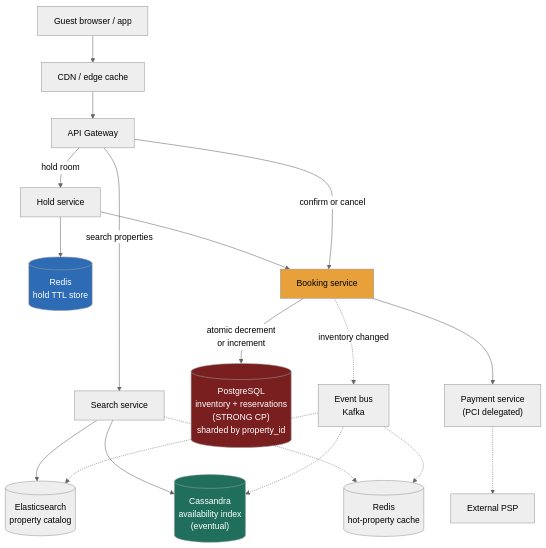
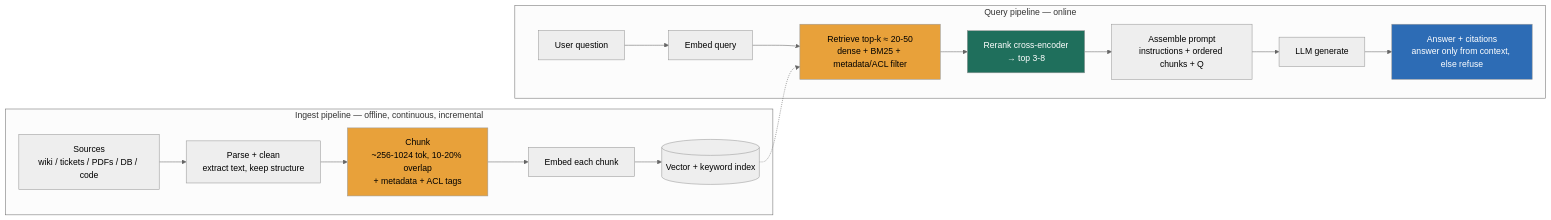
The diagram in src/content/docs/module-9/lesson-9-3.md (hkrathore/sysdesign-course), drawn with Mermaid (neutral theme) before and after one commit. The commit also changed other lines of this file and 164 other files, not shown here.

````diff
--- a/src/content/docs/module-9/lesson-9-3.md
+++ b/src/content/docs/module-9/lesson-9-3.md
@@ -118,29 +67,24 @@
 ```mermaid
-flowchart TB
-    USER["Guest browser / app"] --> CDN["CDN / edge cache"]
-    CDN --> GW["API Gateway"]
+flowchart LR
+    subgraph INGEST["Ingest pipeline — offline, continuous, incremental"]
+        SRC[Sources<br/>wiki / tickets / PDFs / DB / code] --> PARSE[Parse + clean<br/>extract text, keep structure]
+        PARSE --> CHUNK[Chunk<br/>~256-1024 tok, 10-20% overlap<br/>+ metadata + ACL tags]
+        CHUNK --> EMB1[Embed each chunk]
+        EMB1 --> IDX[(Vector + keyword index)]
+    end
 
-    GW -->|"search properties"| SRCH["Search service"]
-    SRCH --> ES[("Elasticsearch<br/>property catalog")]
-    SRCH --> AVAIL[("Cassandra<br/>availability index<br/>(eventual)")]
-    SRCH -.-> RC[("Redis<br/>hot-property cache")]
+    subgraph QUERY["Query pipeline — online"]
+        Q[User question] --> EMB2[Embed query]
+        EMB2 --> RET["Retrieve top-k ≈ 20-50<br/>dense + BM25 + metadata/ACL filter"]
+        IDX -.-> RET
+        RET --> RERANK["Rerank cross-encoder<br/>→ top 3-8"]
+        RERANK --> ASM["Assemble prompt<br/>instructions + ordered chunks + Q"]
+        ASM --> LLM[LLM generate]
+        LLM --> ANS["Answer + citations<br/>answer only from context, else refuse"]
+    end
 
-    GW -->|"hold room"| HOLD["Hold service"]
-    HOLD --> REDIS[("Redis<br/>hold TTL store")]
-    HOLD --> BK["Booking service"]
-
-    GW -->|"confirm or cancel"| BK
-    BK -->|"atomic decrement<br/>or increment"| PG[("PostgreSQL<br/>inventory + reservations<br/>(STRONG CP)<br/>sharded by property_id")]
-    BK --> PAY["Payment service<br/>(PCI delegated)"]
-    PAY -.-> PSP["External PSP"]
-
-    BK -.->|"inventory changed"| BUS["Event bus<br/>Kafka"]
-    BUS -.-> AVAIL
-    BUS -.-> ES
-    BUS -.-> RC
-
-    style PG fill:#7a1f1f,color:#fff
-    style BK fill:#e8a13a,color:#000
-    style AVAIL fill:#1f6f5c,color:#fff
-    style REDIS fill:#2d6cb5,color:#fff
+    style CHUNK fill:#e8a13a,color:#000
+    style RET fill:#e8a13a,color:#000
+    style RERANK fill:#1f6f5c,color:#fff
+    style ANS fill:#2d6cb5,color:#fff
 ```
````
